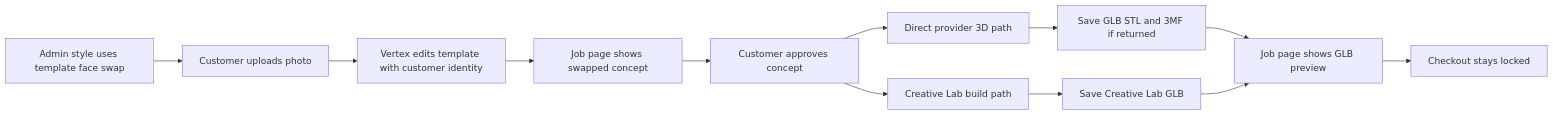
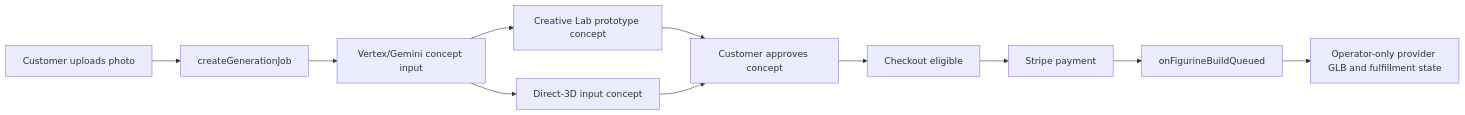
One commit to KielRN/3dprintposters changed the third of 6 diagrams in docs/Workflows/figurine-and-operator-workflows.md. Above: the diagram before and after it, drawn with Mermaid. The commit also changed other lines of this file and 27 other files, not shown here.

````diff
--- a/docs/Workflows/figurine-and-operator-workflows.md
+++ b/docs/Workflows/figurine-and-operator-workflows.md
@@ -187,15 +124,14 @@
 ```mermaid
 %%{init: {"flowchart": {"htmlLabels": false}} }%%
 graph LR
-  A["Admin style uses template face swap"] --> B["Customer uploads photo"]
-  B --> C["Vertex edits template with customer identity"]
-  C --> D["Job page shows swapped concept"]
-  D --> E["Customer approves concept"]
-  E --> F["Direct provider 3D path"]
-  E --> G["Creative Lab build path"]
-  F --> H["Save GLB STL and 3MF if returned"]
-  G --> I["Save Creative Lab GLB"]
-  H --> J["Job page shows GLB preview"]
-  I --> J
-  J --> K["Checkout stays locked"]
+  A["Customer uploads photo"] --> B["createGenerationJob"]
+  B --> C["Vertex/Gemini concept input"]
+  C --> D["Creative Lab prototype concept"]
+  C --> E["Direct-3D input concept"]
+  D --> F["Customer approves concept"]
+  E --> F
+  F --> G["Checkout eligible"]
+  G --> H["Stripe payment"]
+  H --> I["onFigurineBuildQueued"]
+  I --> J["Operator-only provider GLB and fulfillment state"]
 ```
````
